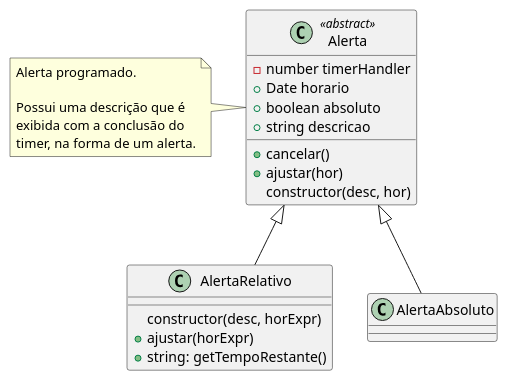
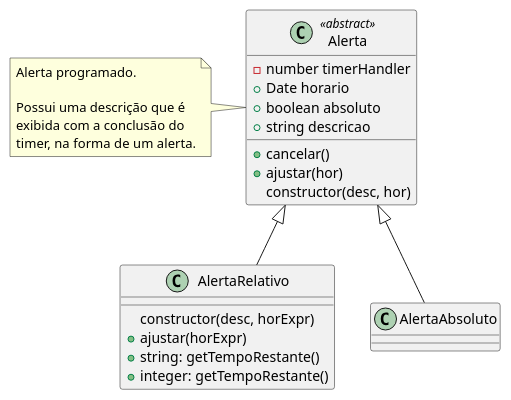
Before and after one commit to ruipimentel/plantuml-demo: the diagram in classes.puml, drawn with PlantUML.

Commit message:
adiciona método a alerta relativo

```diff
--- a/classes.puml
+++ b/classes.puml
@@ -1,25 +1,26 @@
 @startuml "Classes"
 
 top to bottom direction
 
 class Alerta <<abstract>> {
   - number timerHandler
   + Date horario
   + boolean absoluto
   + string descricao
   + cancelar()
   + ajustar(hor)
   constructor(desc, hor)
 }
 note left of Alerta : Alerta programado.\n\nPossui uma descrição que é\nexibida com a conclusão do\ntimer, na forma de um alerta.
 
 class AlertaRelativo {
   constructor(desc, horExpr)
   + ajustar(horExpr)
   + string: getTempoRestante()
+  + integer: getTempoRestante()
 }
 
 Alerta <|-- AlertaRelativo
 Alerta <|-- AlertaAbsoluto
 
 @enduml
```
